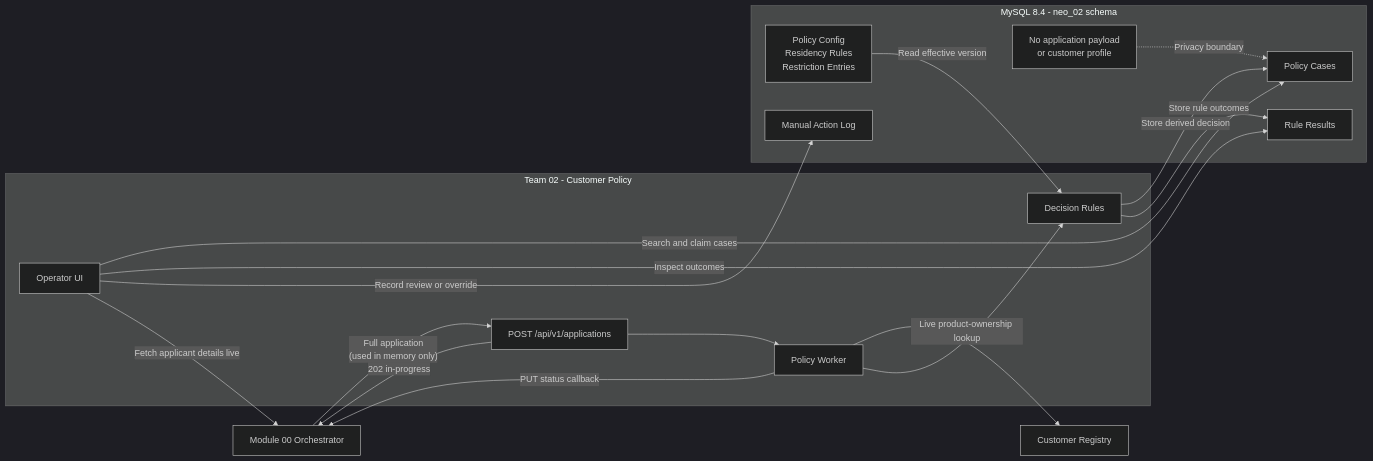
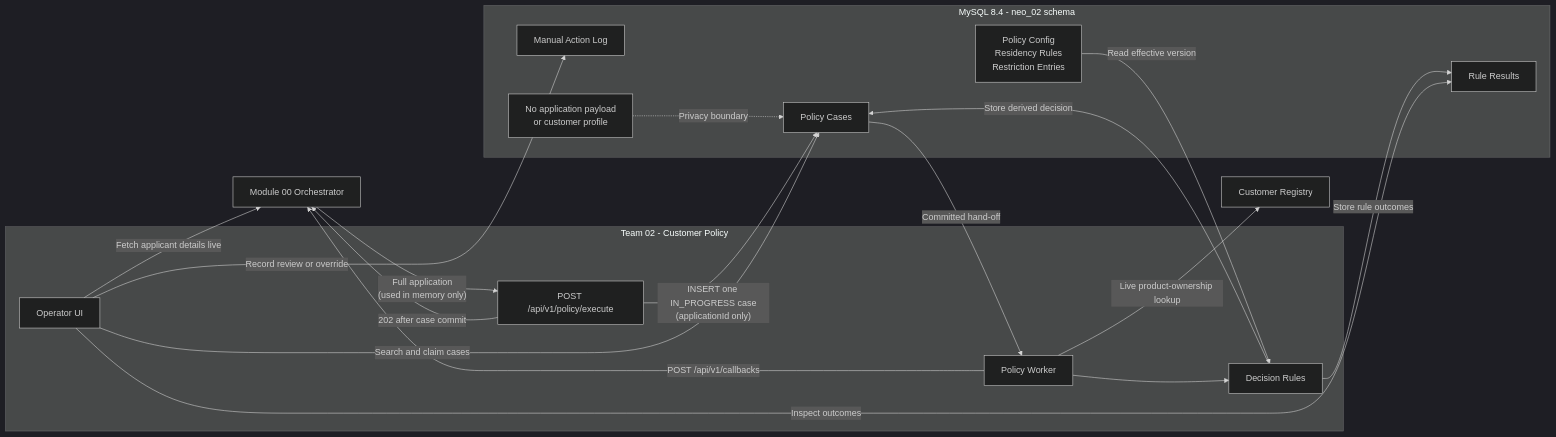
Before and after one commit to Neueda-Learning/neo-02: the second of 2 diagrams in docs/schema-design.md, drawn with Mermaid (dark theme). The commit also changed other lines of this file and 1 other file, not shown here.

Commit message:
docs: align schema contract with v5 brief

````diff
--- a/docs/schema-design.md
+++ b/docs/schema-design.md
@@ -193,38 +206,39 @@
 ```mermaid
 flowchart LR
     ORCH["Module 00 Orchestrator"]
     REGISTRY["Customer Registry"]
 
     subgraph SERVICE["Team 02 - Customer Policy"]
-        API["POST /api/v1/applications"]
+        API["POST /api/v1/policy/execute"]
         WORKER["Policy Worker"]
         ENGINE["Decision Rules"]
         UI["Operator UI"]
     end
 
     subgraph DATABASE["MySQL 8.4 - neo_02 schema"]
         CONFIG["Policy Config<br/>Residency Rules<br/>Restriction Entries"]
         CASES["Policy Cases"]
         RESULTS["Rule Results"]
         ACTIONS["Manual Action Log"]
         BOUNDARY["No application payload<br/>or customer profile"]
     end
 
     ORCH -- "Full application<br/>(used in memory only)" --> API
-    API -- "202 in-progress" --> ORCH
-    API --> WORKER
+    API -- "INSERT one IN_PROGRESS case<br/>(applicationId only)" --> CASES
+    CASES -- "Committed hand-off" --> WORKER
+    API -- "202 after case commit" --> ORCH
 
     WORKER -- "Live product-ownership lookup" --> REGISTRY
     WORKER --> ENGINE
     CONFIG -- "Read effective version" --> ENGINE
     ENGINE -- "Store derived decision" --> CASES
     ENGINE -- "Store rule outcomes" --> RESULTS
-    WORKER -- "PUT status callback" --> ORCH
+    WORKER -- "POST /api/v1/callbacks" --> ORCH
 
     UI -- "Search and claim cases" --> CASES
     UI -- "Inspect outcomes" --> RESULTS
     UI -- "Record review or override" --> ACTIONS
     UI -- "Fetch applicant details live" --> ORCH
 
     BOUNDARY -. "Privacy boundary" .-> CASES
 ```
````
